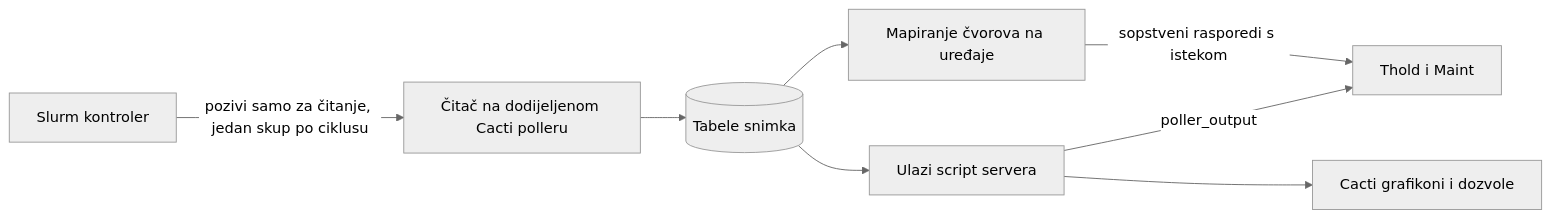
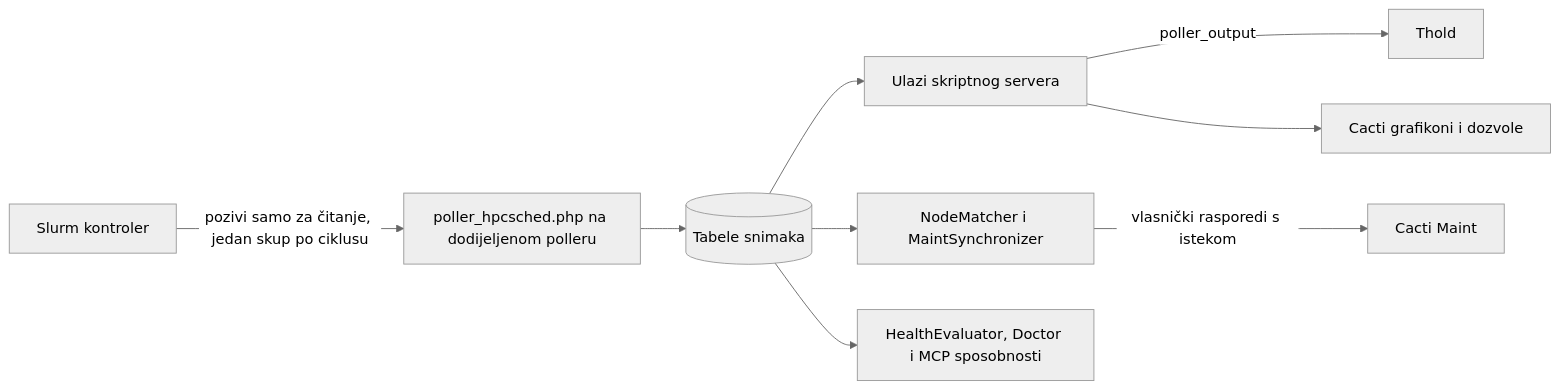
One commit to somethingwithproof/plugin_hpcsched changed the diagram in docs/i18n/bs-BA/README.md. Above: the diagram before and after it, drawn with Mermaid (neutral theme). The commit also changed other lines of this file and 48 other files, not shown here.

````diff
--- a/docs/i18n/bs-BA/README.md
+++ b/docs/i18n/bs-BA/README.md
@@ -99,10 +163,11 @@
 ```mermaid
 flowchart LR
-    S[Slurm kontroler] -->|pozivi samo za čitanje, jedan skup po ciklusu| R[Čitač na dodijeljenom Cacti polleru]
-    R --> SNAP[(Tabele snimka)]
-    SNAP --> SS[Ulazi script servera]
-    SS -->|poller_output| T[Thold i Maint]
+    S[Slurm kontroler] -->|pozivi samo za čitanje, jedan skup po ciklusu| R[poller_hpcsched.php na dodijeljenom polleru]
+    R --> SNAP[(Tabele snimaka)]
+    SNAP --> SS[Ulazi skriptnog servera]
+    SS -->|poller_output| T[Thold]
     SS --> G[Cacti grafikoni i dozvole]
-    SNAP --> MAP[Mapiranje čvorova na uređaje]
-    MAP -->|sopstveni rasporedi s istekom| T
+    SNAP --> MAP[NodeMatcher i MaintSynchronizer]
+    MAP -->|vlasnički rasporedi s istekom| M[Cacti Maint]
+    SNAP --> H[HealthEvaluator, Doctor i MCP sposobnosti]
 ```
````
